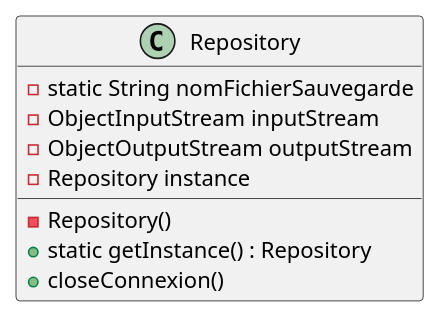
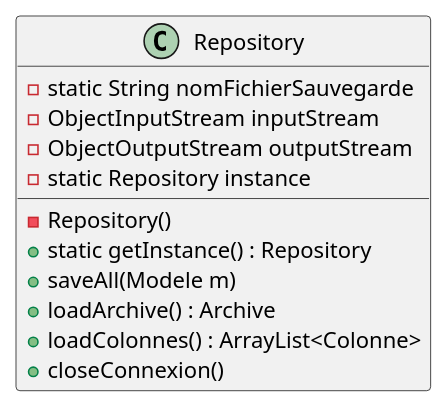
The diagram in Ollert_QDEV/diagrammes/DiagrammeClassRepository.puml (AlexanderCARNET/SAE_3_01_dev_application), drawn with PlantUML before and after one commit.

Commit message:
[UPDATE] mise a jour du diagramme de classe du repository avec les methodes de chargement et de sauvegarde des données

```diff
--- a/Ollert_QDEV/diagrammes/DiagrammeClassRepository.puml
+++ b/Ollert_QDEV/diagrammes/DiagrammeClassRepository.puml
@@ -1,13 +1,16 @@
 @startuml
 
 class Repository{
     - static String nomFichierSauvegarde
     - ObjectInputStream inputStream
     - ObjectOutputStream outputStream
-    - Repository instance
+    - static Repository instance
     - Repository()
     + static getInstance() : Repository
+    + saveAll(Modele m)
+    + loadArchive() : Archive
+    + loadColonnes() : ArrayList<Colonne>
     + closeConnexion()
 }
 
 @enduml
```
